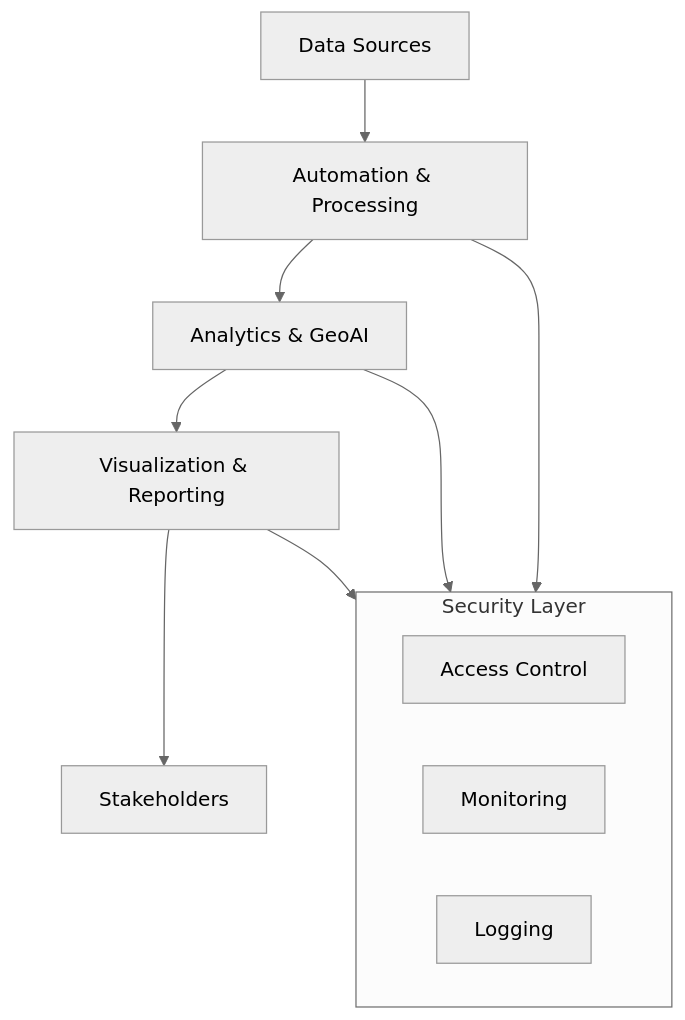
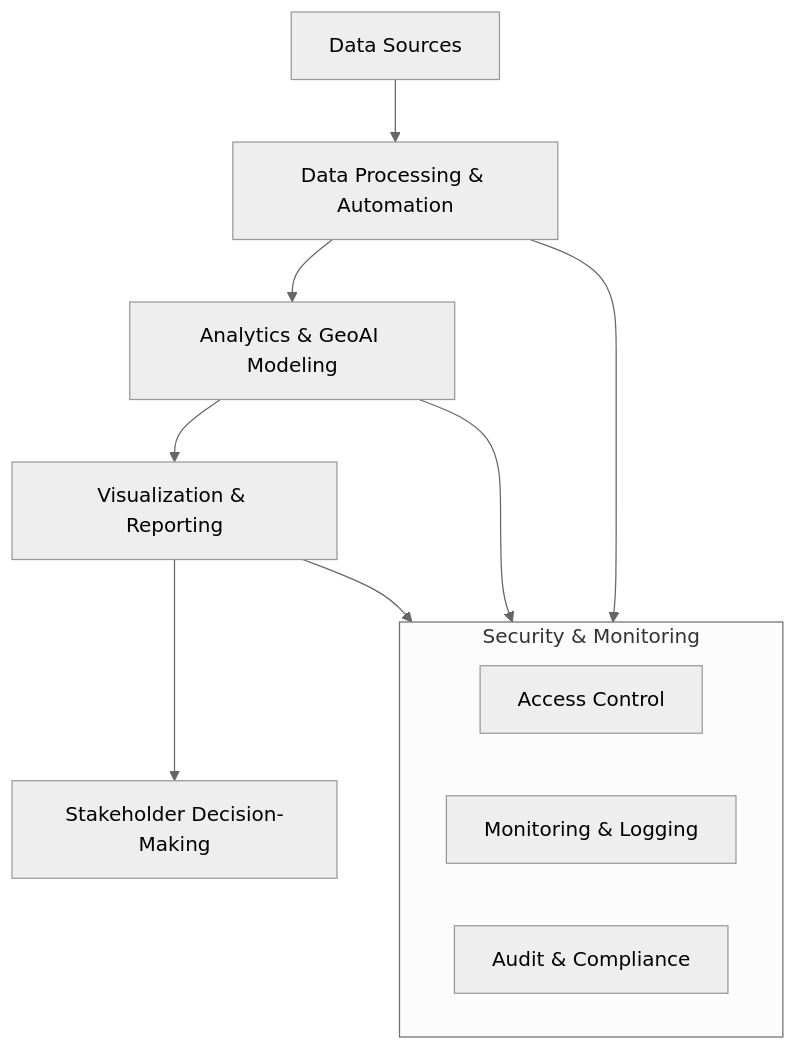
The first of 2 diagrams in README.md (Jedidiah82/Analytics-GIS-GeoAI-Portfolio), drawn with Mermaid (neutral theme) before and after one commit. The commit also changed other lines of this file, not shown here.

````diff
--- a/README.md
+++ b/README.md
@@ -114,17 +45,17 @@
 ```mermaid
 flowchart TB
-    A[Data Sources] --> B[Automation & Processing]
-    B --> C[Analytics & GeoAI]
+    A[Data Sources] --> B[Data Processing & Automation]
+    B --> C[Analytics & GeoAI Modeling]
     C --> D[Visualization & Reporting]
-    D --> E[Stakeholders]
+    D --> E[Stakeholder Decision-Making]
 
-    subgraph SecurityLayer["Security Layer"]
+    subgraph SecurityLayer["Security & Monitoring"]
         F[Access Control]
-        G[Monitoring]
-        H[Logging]
+        G[Monitoring & Logging]
+        H[Audit & Compliance]
     end
 
     B --> SecurityLayer
     C --> SecurityLayer
     D --> SecurityLayer
 ```
````
